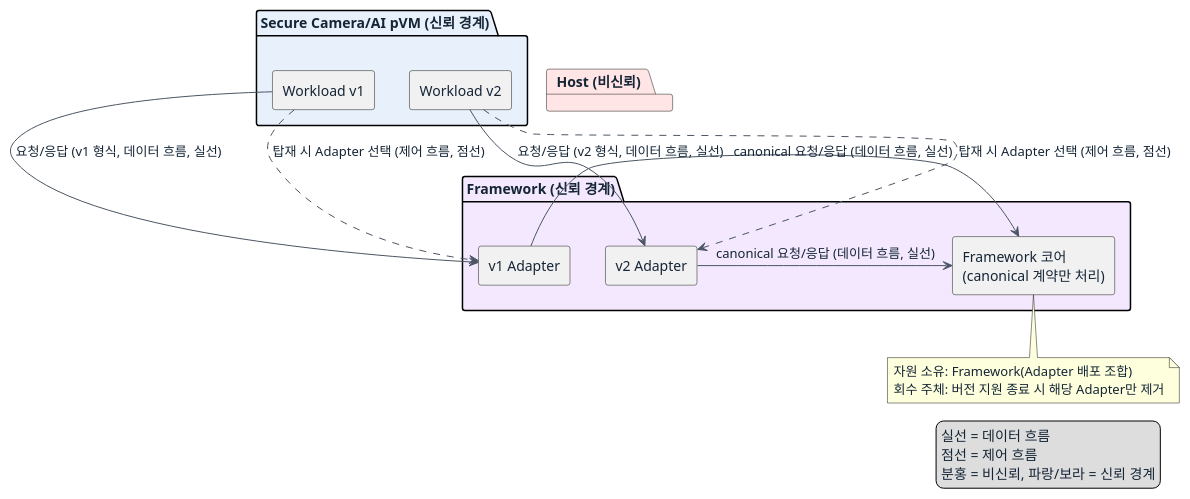
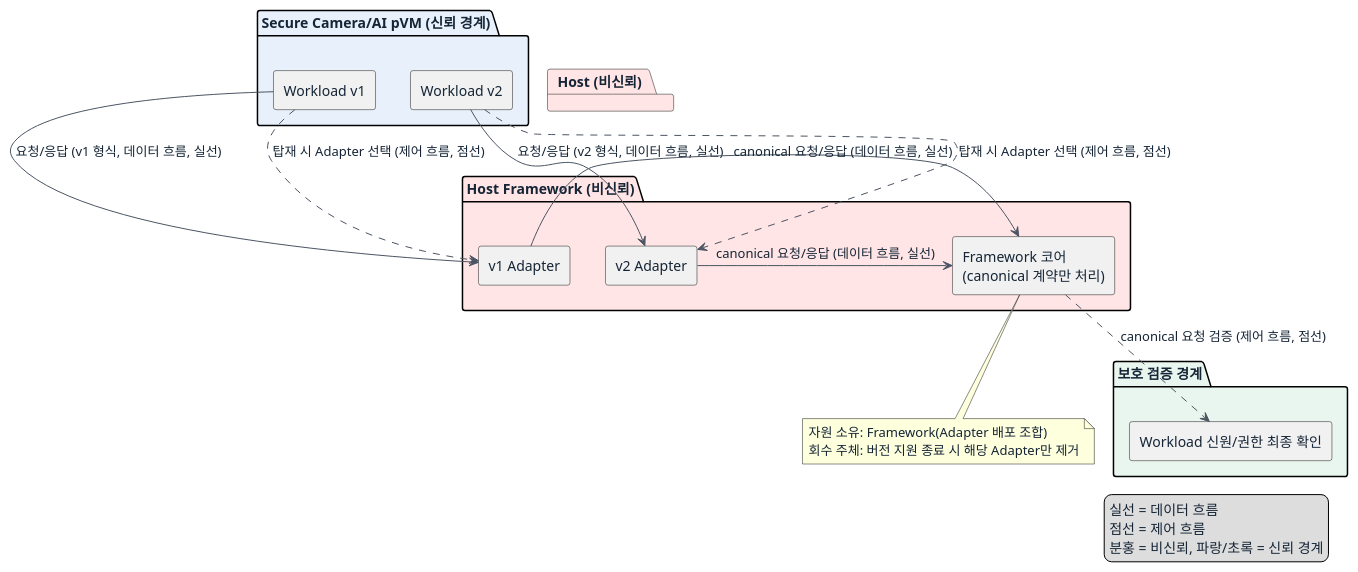
One commit to boram1288/test-p changed the second of 2 diagrams in docs-dp/DP-09.md. Above: the diagram before and after it, drawn with PlantUML. The commit also changed other lines of this file and 13 other files, not shown here.

Commit message:
Document all architecture decision points

````diff
--- a/docs-dp/DP-09.md
+++ b/docs-dp/DP-09.md
@@ -88,41 +93,46 @@
 ```plantuml
 @startuml
 skinparam shadowing false
 skinparam componentStyle rectangle
 skinparam ArrowColor #4B5563
 skinparam defaultFontColor #152536
 
 package "Host (비신뢰)" #FFE5E5 {
 }
 
 package "Secure Camera/AI pVM (신뢰 경계)" #E8F1FB {
   [Workload v1] as WLv1
   [Workload v2] as WLv2
 }
 
-package "Framework (신뢰 경계)" #F3E8FD {
+package "Host Framework (비신뢰)" #FFE5E5 {
   [v1 Adapter] as AdV1
   [v2 Adapter] as AdV2
   [Framework 코어\n(canonical 계약만 처리)] as Core
+}
+
+package "보호 검증 경계" #E8F6EF {
+  [Workload 신원/권한 최종 확인] as Verify
 }
 
 WLv1 -right-> AdV1 : 요청/응답 (v1 형식, 데이터 흐름, 실선)
 WLv2 -right-> AdV2 : 요청/응답 (v2 형식, 데이터 흐름, 실선)
 AdV1 -right-> Core : canonical 요청/응답 (데이터 흐름, 실선)
 AdV2 -right-> Core : canonical 요청/응답 (데이터 흐름, 실선)
 
 WLv1 ..> AdV1 : 탑재 시 Adapter 선택 (제어 흐름, 점선)
 WLv2 ..> AdV2 : 탑재 시 Adapter 선택 (제어 흐름, 점선)
+Core ..> Verify : canonical 요청 검증 (제어 흐름, 점선)
 
 note bottom of Core
   자원 소유: Framework(Adapter 배포 조합)
   회수 주체: 버전 지원 종료 시 해당 Adapter만 제거
 end note
 
 legend right
   실선 = 데이터 흐름
   점선 = 제어 흐름
-  분홍 = 비신뢰, 파랑/보라 = 신뢰 경계
+  분홍 = 비신뢰, 파랑/초록 = 신뢰 경계
 endlegend
 @enduml
 ```
````
